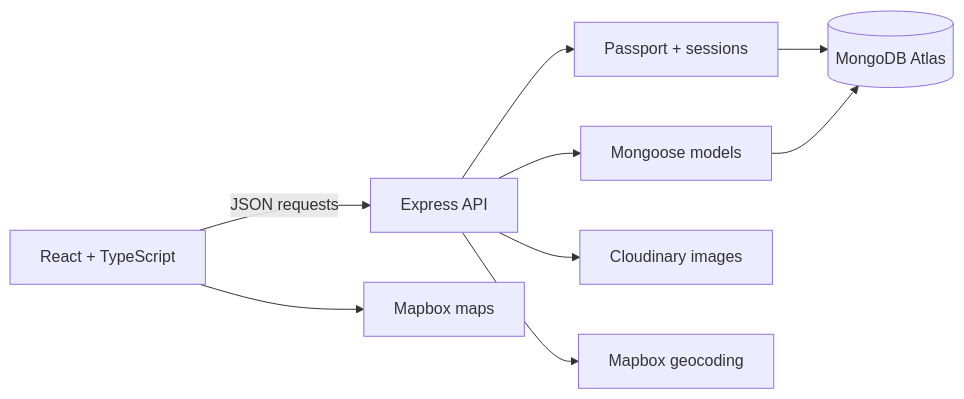
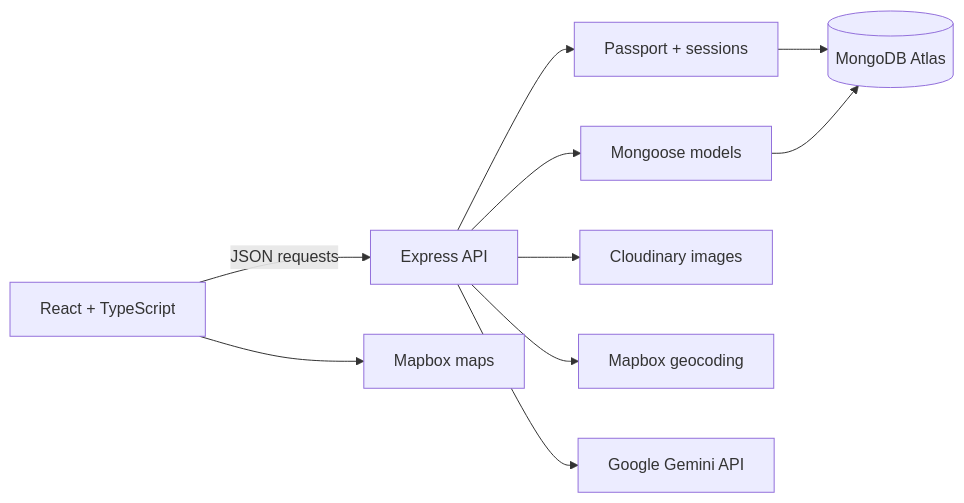
One commit to mantramehta/StaySphere changed the first of 2 diagrams in README.md. Above: the diagram before and after it, drawn with Mermaid. The commit also changed other lines of this file and 4 other files, not shown here.

````diff
--- a/README.md
+++ b/README.md
@@ -40,11 +42,12 @@
 ```mermaid
 flowchart LR
     Browser[React + TypeScript] -->|JSON requests| API[Express API]
     API --> Auth[Passport + sessions]
     API --> Data[Mongoose models]
     Auth --> Mongo[(MongoDB Atlas)]
     Data --> Mongo
     API --> Cloudinary[Cloudinary images]
     API --> Geocoding[Mapbox geocoding]
+    API --> Gemini[Google Gemini API]
     Browser --> Maps[Mapbox maps]
 ```
````
